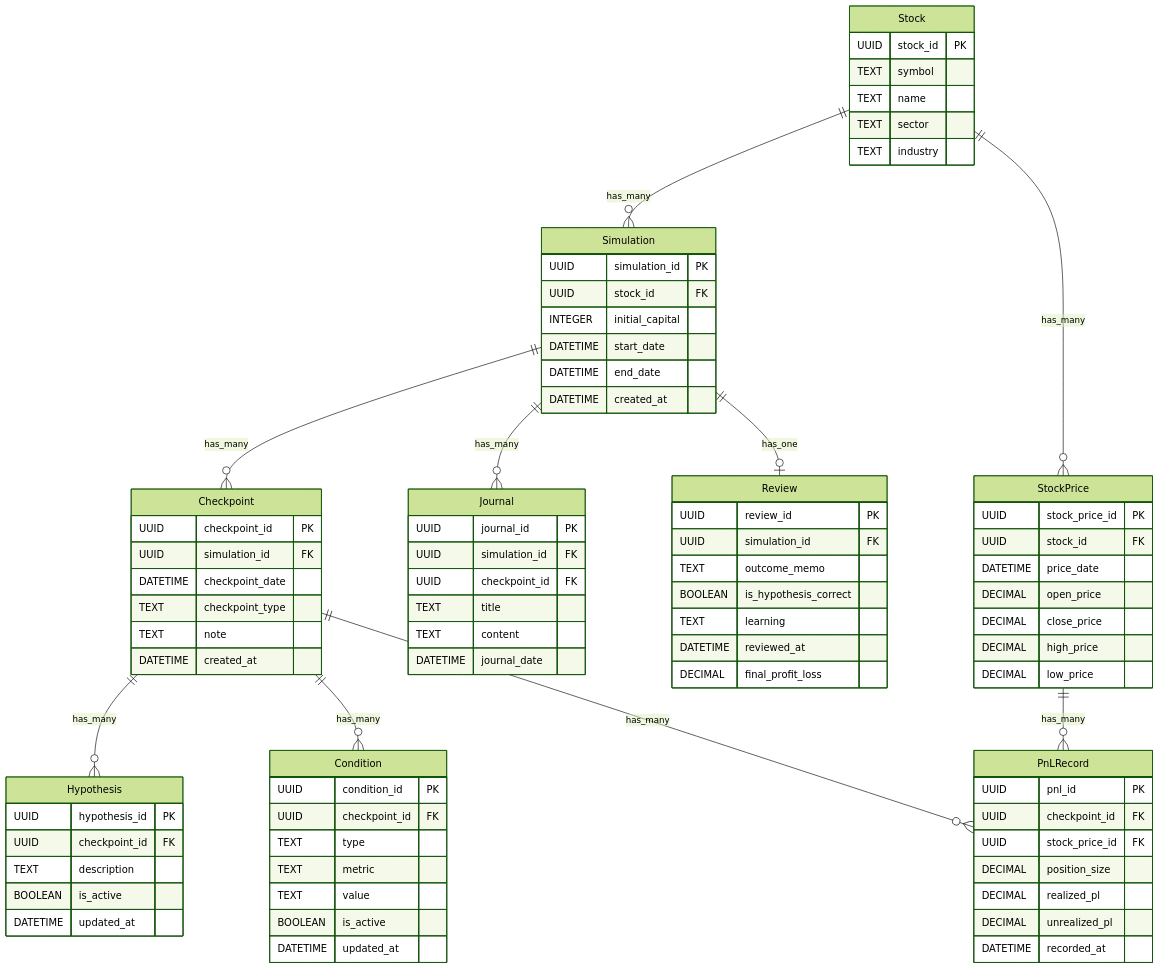
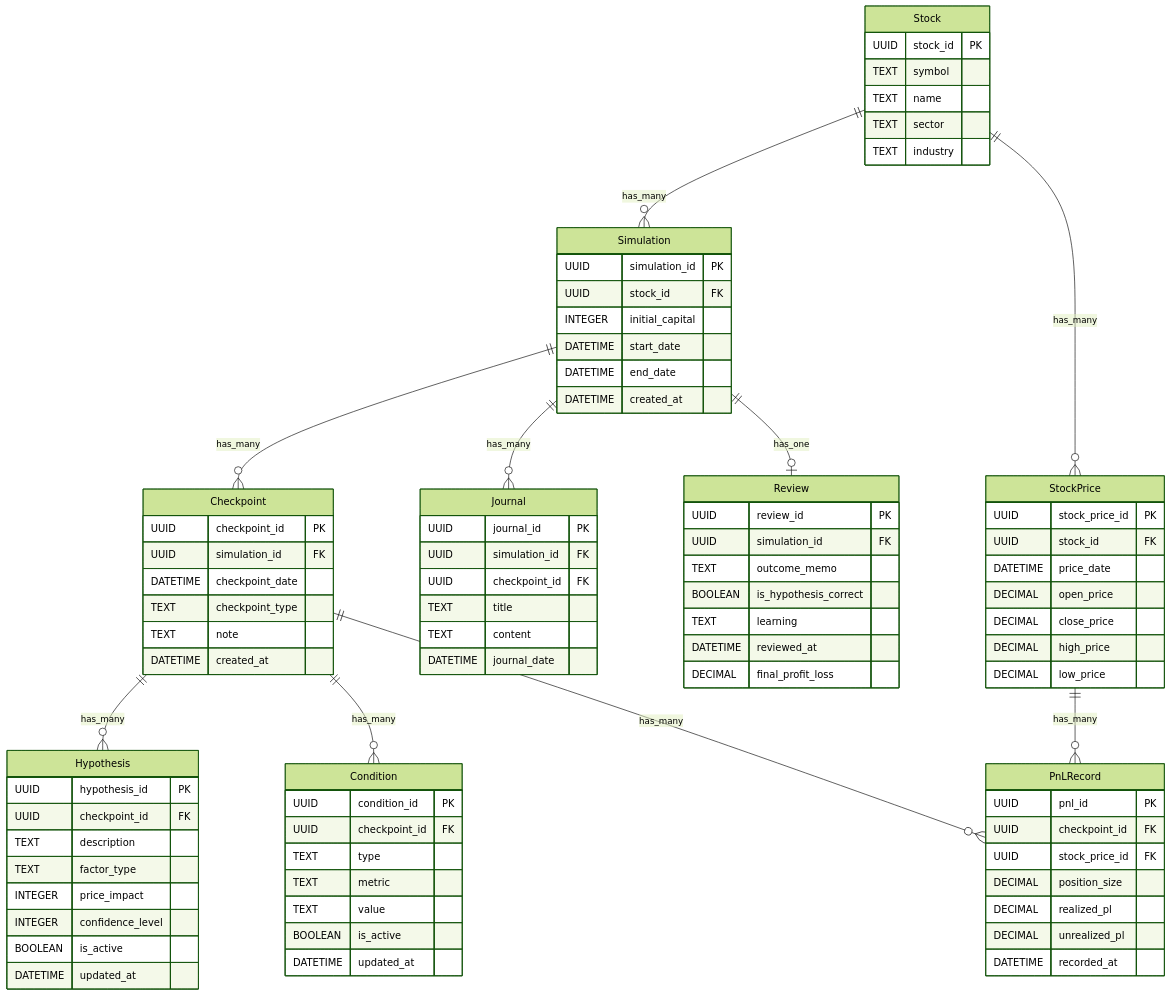
One commit to IkuyaYamada/simulator-app changed the diagram in design/entity-relationship-model.md. Above: the diagram before and after it, drawn with Mermaid (forest theme). The commit also changed 7 other files, not shown here.

```diff
--- a/design/entity-relationship-model.md
+++ b/design/entity-relationship-model.md
@@ -43,6 +43,9 @@
         UUID hypothesis_id PK
         UUID checkpoint_id FK
         TEXT description
+        TEXT factor_type
+        INTEGER price_impact
+        INTEGER confidence_level
         BOOLEAN is_active
         DATETIME updated_at
     }
```
